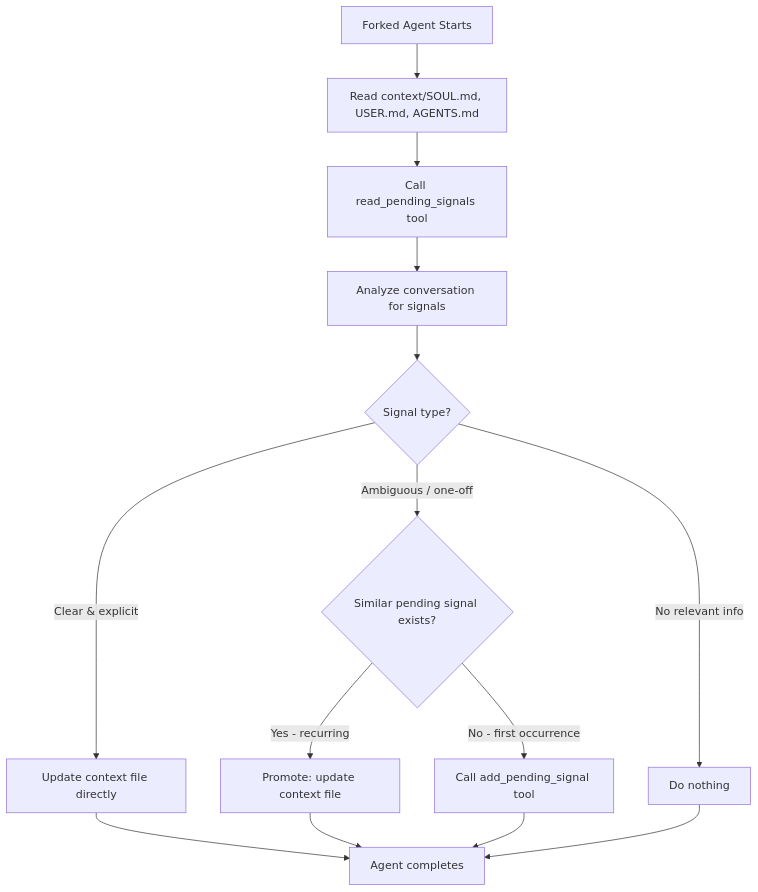
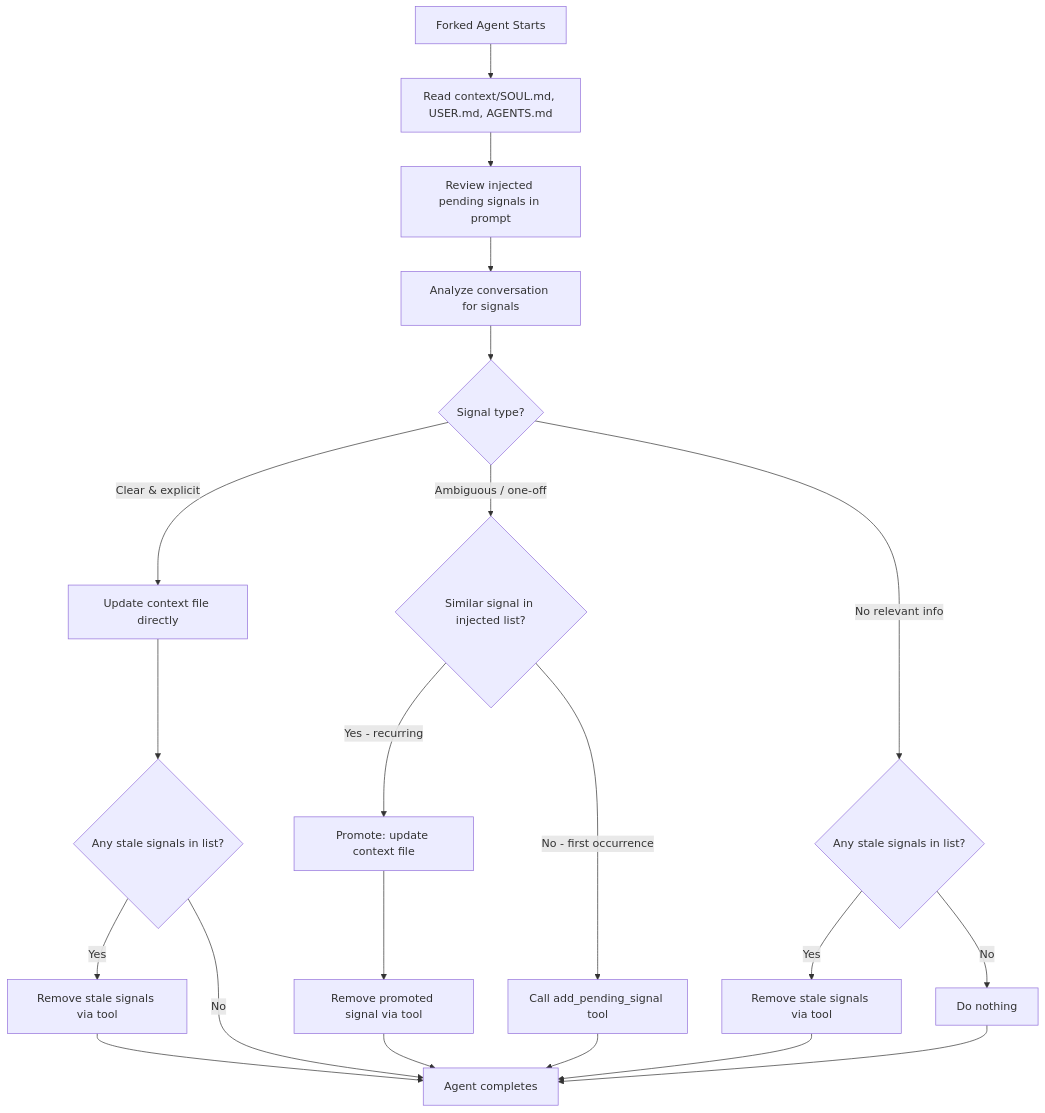
One commit to asermax/tachikoma changed the second of 2 diagrams in docs/feature-designs/agent/core-context-updates.md. Above: the diagram before and after it, drawn with Mermaid. The commit also changed other lines of this file and 3 other files, not shown here.

````diff
--- a/docs/feature-designs/agent/core-context-updates.md
+++ b/docs/feature-designs/agent/core-context-updates.md
@@ -195,19 +218,27 @@
 ```mermaid
 flowchart TD
     Fork[Forked Agent Starts] --> ReadCtx[Read context/SOUL.md, USER.md, AGENTS.md]
-    ReadCtx --> ReadPending[Call read_pending_signals tool]
-    ReadPending --> Analyze[Analyze conversation for signals]
+    ReadCtx --> Review[Review injected pending signals in prompt]
+    Review --> Analyze[Analyze conversation for signals]
     Analyze --> Classify{Signal type?}
 
     Classify -->|Clear & explicit| Update[Update context file directly]
-    Classify -->|Ambiguous / one-off| CheckRecur{Similar pending signal exists?}
-    Classify -->|No relevant info| NoOp[Do nothing]
+    Classify -->|Ambiguous / one-off| CheckRecur{Similar signal in injected list?}
+    Classify -->|No relevant info| CheckStale{Any stale signals in list?}
 
     CheckRecur -->|Yes - recurring| Promote[Promote: update context file]
+    Promote --> Remove1[Remove promoted signal via tool]
     CheckRecur -->|No - first occurrence| Stage[Call add_pending_signal tool]
 
-    Update --> Done[Agent completes]
-    Promote --> Done
+    CheckStale -->|Yes| Remove2[Remove stale signals via tool]
+    CheckStale -->|No| NoOp[Do nothing]
+
+    Update --> CheckStale2{Any stale signals in list?}
+    CheckStale2 -->|Yes| Remove3[Remove stale signals via tool]
+    CheckStale2 -->|No| Done[Agent completes]
+    Remove1 --> Done
     Stage --> Done
+    Remove2 --> Done
+    Remove3 --> Done
     NoOp --> Done
 ```
````
